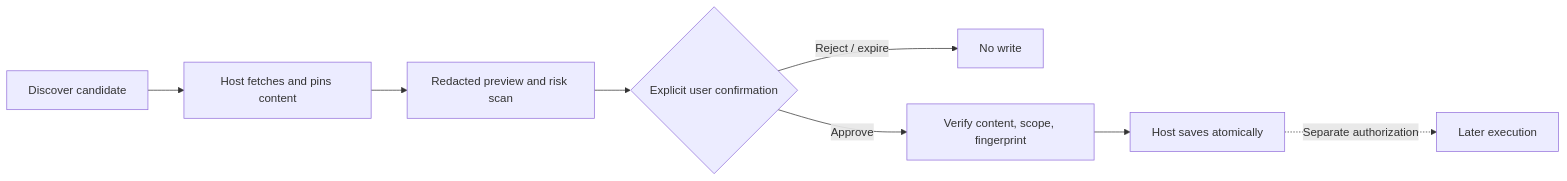
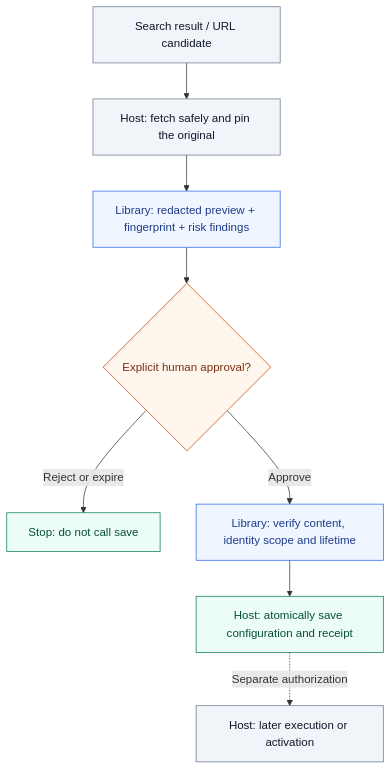
The first of 2 diagrams in opensource/approval-first-import/README_EN.md (liulinlin718-netizen/TAgent), drawn with Mermaid before and after one commit. The commit also changed other lines of this file and 88 other files, not shown here.

````diff
--- a/opensource/approval-first-import/README_EN.md
+++ b/opensource/approval-first-import/README_EN.md
@@ -24,10 +24,18 @@
 ```mermaid
-flowchart LR
-    A[Discover candidate] --> B[Host fetches and pins content]
-    B --> C[Redacted preview and risk scan]
-    C --> D{Explicit user confirmation}
-    D -->|Reject / expire| E[No write]
-    D -->|Approve| F[Verify content, scope, fingerprint]
-    F --> G[Host saves atomically]
-    G -. Separate authorization .-> H[Later execution]
+flowchart TD
+    A["Search result / URL candidate"] --> B["Host: fetch safely and pin the original"]
+    B --> C["Library: redacted preview + fingerprint + risk findings"]
+    C --> D{"Explicit human approval?"}
+    D -->|Reject or expire| E["Stop: do not call save"]
+    D -->|Approve| F["Library: verify content, identity scope and lifetime"]
+    F --> G["Host: atomically save configuration and receipt"]
+    G -. Separate authorization .-> H["Host: later execution or activation"]
+    classDef host fill:#f1f5f9,stroke:#64748b,color:#0f172a
+    classDef gate fill:#eff6ff,stroke:#2563eb,color:#1e3a8a
+    classDef consent fill:#fff7ed,stroke:#c2410c,color:#7c2d12
+    classDef result fill:#ecfdf5,stroke:#047857,color:#064e3b
+    class A,B,H host
+    class C,F gate
+    class D consent
+    class E,G result
 ```
````
